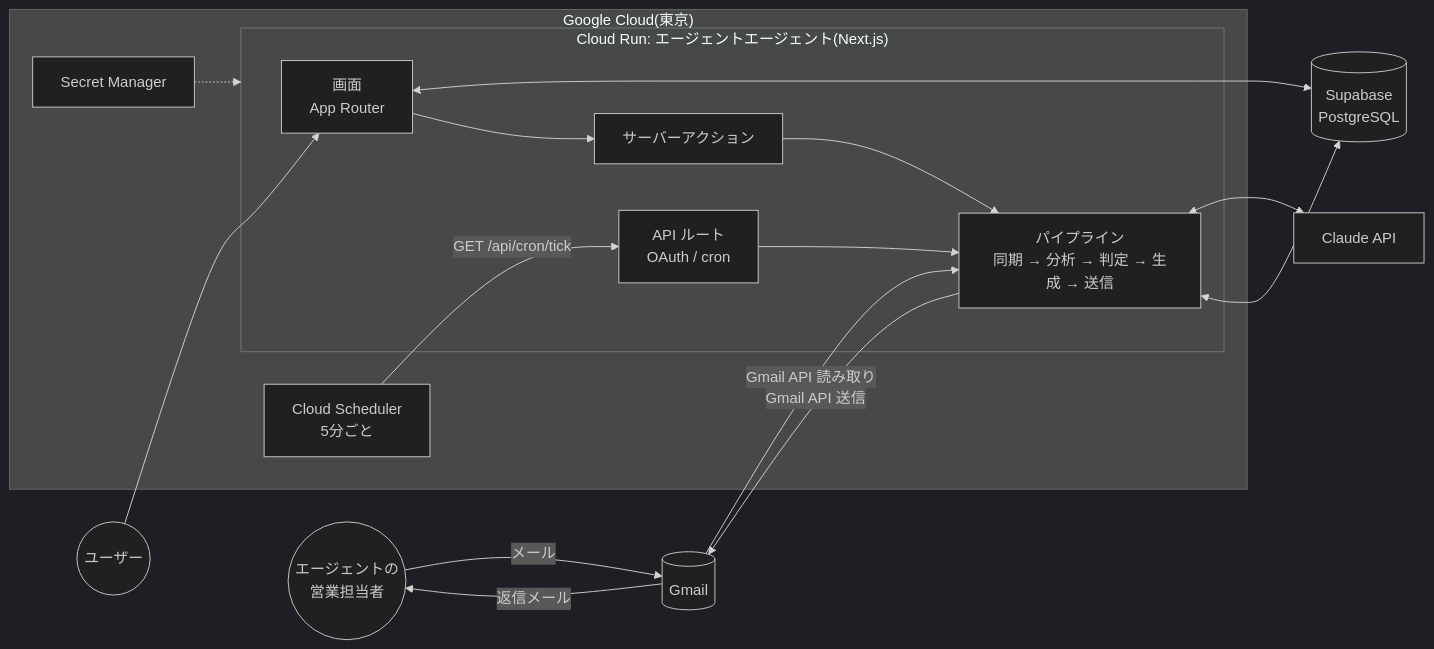
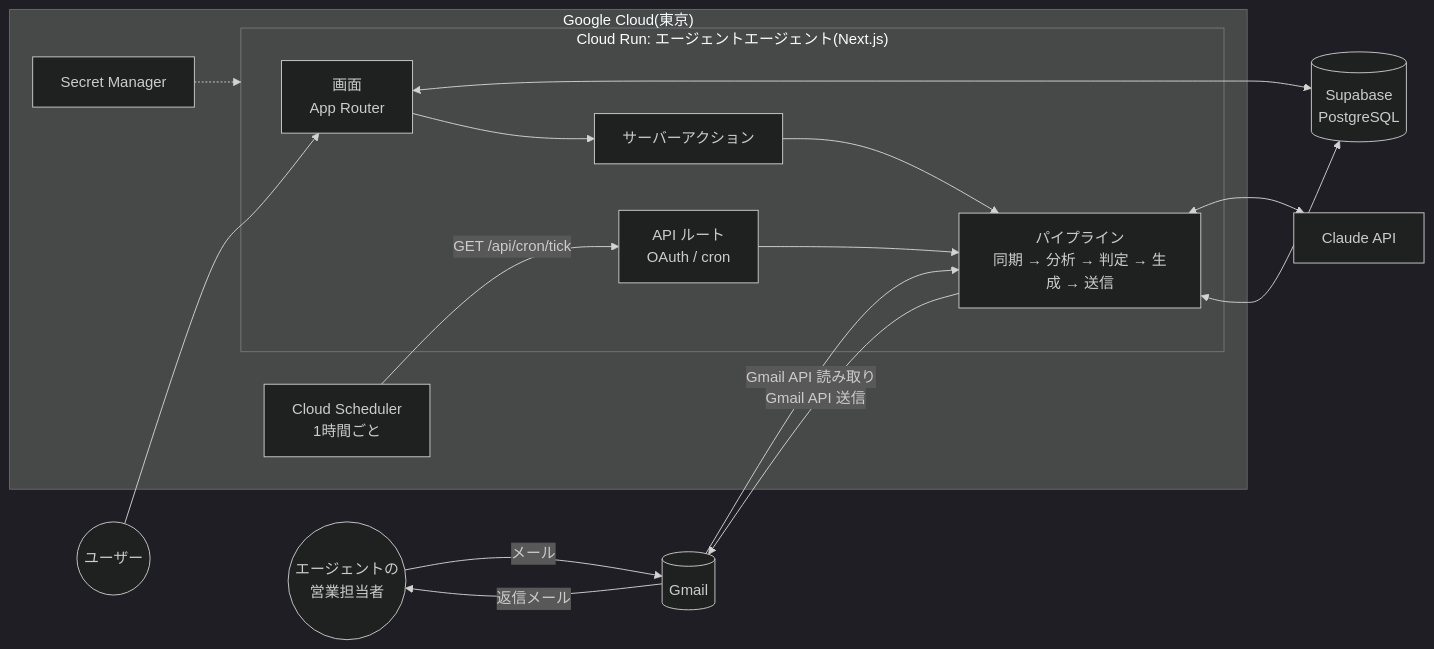
The first of 3 diagrams in docs/02_architecture.md (shunshun0904/agentagent), drawn with Mermaid (dark theme) before and after one commit. The commit also changed other lines of this file and 6 other files, not shown here.

````diff
--- a/docs/02_architecture.md
+++ b/docs/02_architecture.md
@@ -7,28 +7,28 @@
 ```mermaid
 flowchart LR
   Agent((エージェントの<br/>営業担当者)) -- メール --> GM[(Gmail)]
   GM -- 返信メール --> Agent
   subgraph GCP["Google Cloud(東京)"]
-    Sched[Cloud Scheduler<br/>5分ごと]
+    Sched[Cloud Scheduler<br/>1時間ごと]
     subgraph App["Cloud Run: エージェントエージェント(Next.js)"]
       UI[画面<br/>App Router]
       SA[サーバーアクション]
       API[API ルート<br/>OAuth / cron]
       PIPE[パイプライン<br/>同期 → 分析 → 判定 → 生成 → 送信]
     end
     SM[Secret Manager]
   end
   DB[(Supabase<br/>PostgreSQL)]
   Claude[Claude API]
   User((ユーザー))
 
   GM -- Gmail API 読み取り --> PIPE
   PIPE -- Gmail API 送信 --> GM
   PIPE <--> Claude
   PIPE <--> DB
   UI <--> DB
   User --> UI
   UI --> SA --> PIPE
   Sched -- "GET /api/cron/tick" --> API --> PIPE
   SM -.-> App
 ```
````
